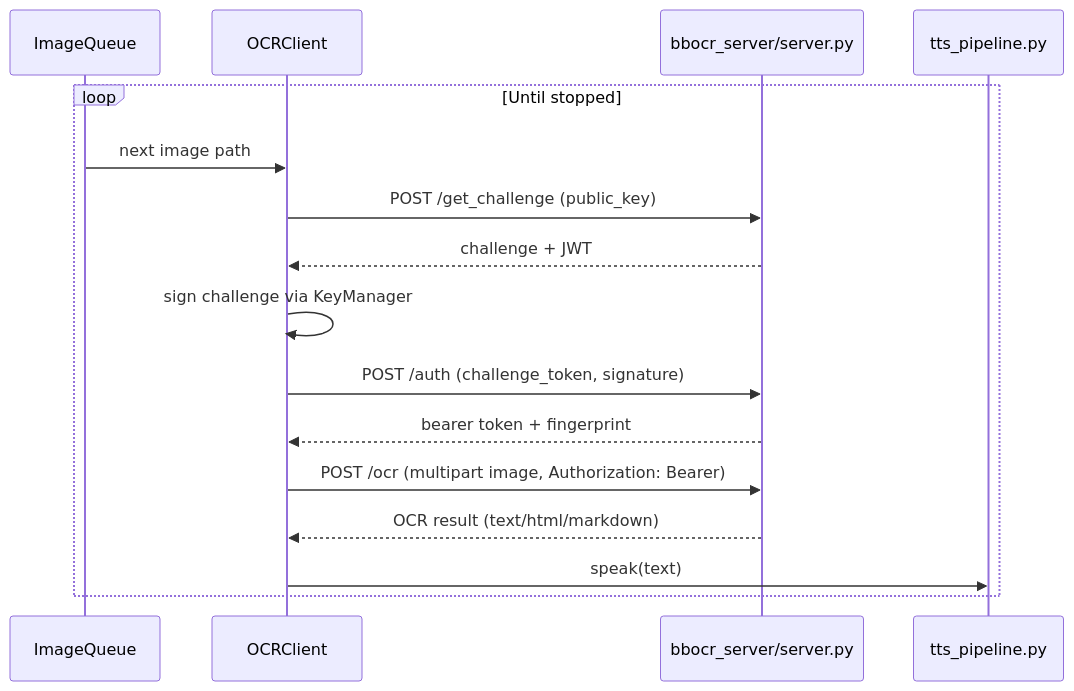
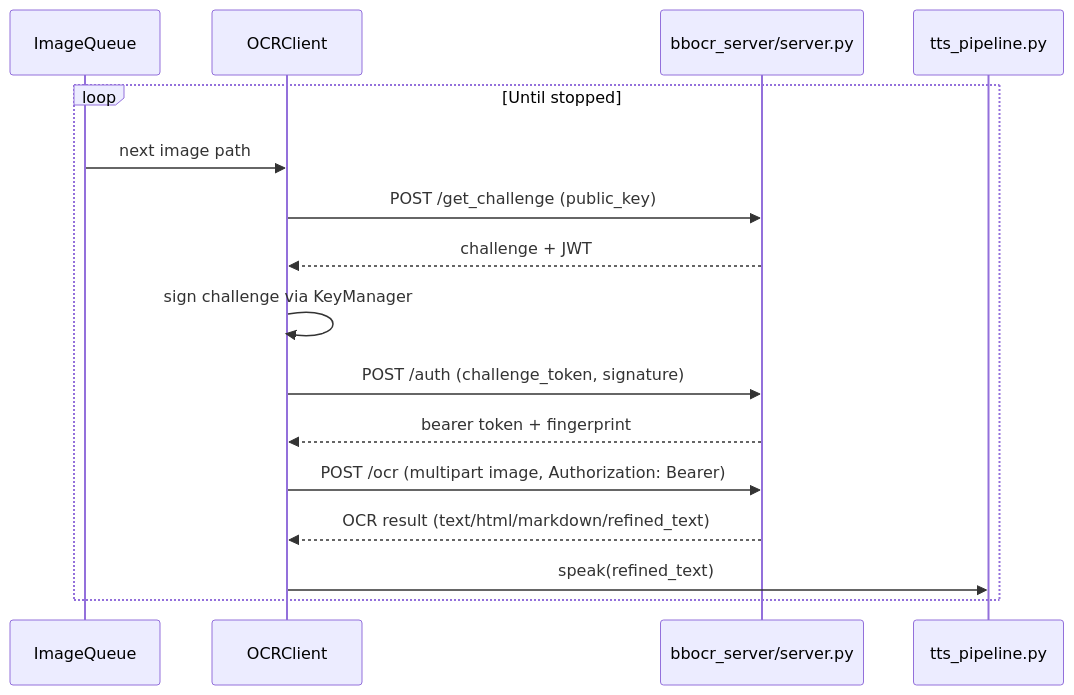
Before and after one commit to tasmirz/EyeWear: the diagram in docs/for_each/ocr_client.md, drawn with Mermaid. The commit also changed other lines of this file and 22 other files, not shown here.

````diff
--- a/docs/for_each/ocr_client.md
+++ b/docs/for_each/ocr_client.md
@@ -9,19 +9,19 @@
 ```mermaid
 sequenceDiagram
     participant Queue as ImageQueue
     participant Client as OCRClient
     participant Server as bbocr_server/server.py
     participant TTS as tts_pipeline.py
 
     loop Until stopped
         Queue->>Client: next image path
         Client->>Server: POST /get_challenge (public_key)
         Server-->>Client: challenge + JWT
         Client->>Client: sign challenge via KeyManager
         Client->>Server: POST /auth (challenge_token, signature)
         Server-->>Client: bearer token + fingerprint
         Client->>Server: POST /ocr (multipart image, Authorization: Bearer)
-        Server-->>Client: OCR result (text/html/markdown)
-        Client->>TTS: speak(text)
+        Server-->>Client: OCR result (text/html/markdown/refined_text)
+        Client->>TTS: speak(refined_text)
     end
 ```
````
